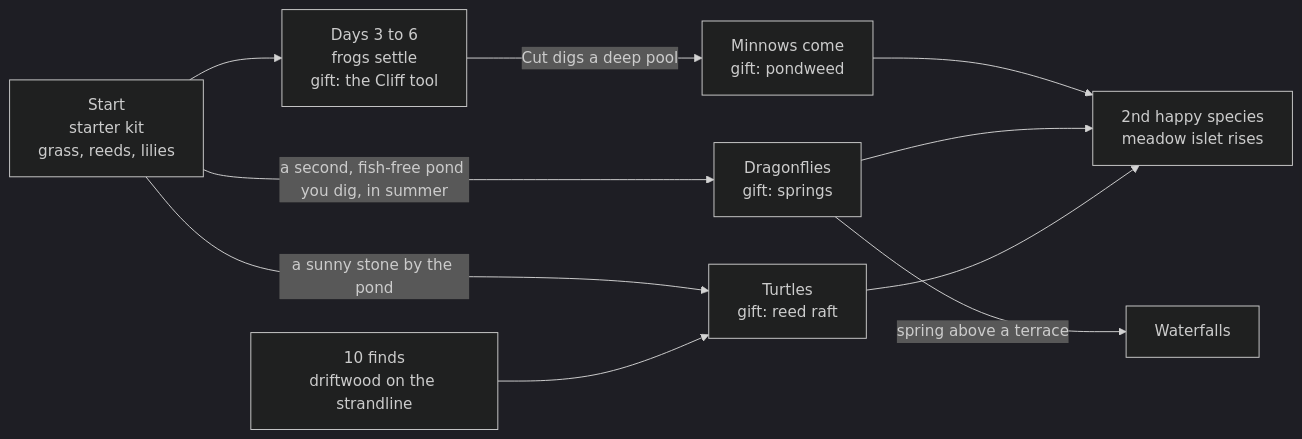
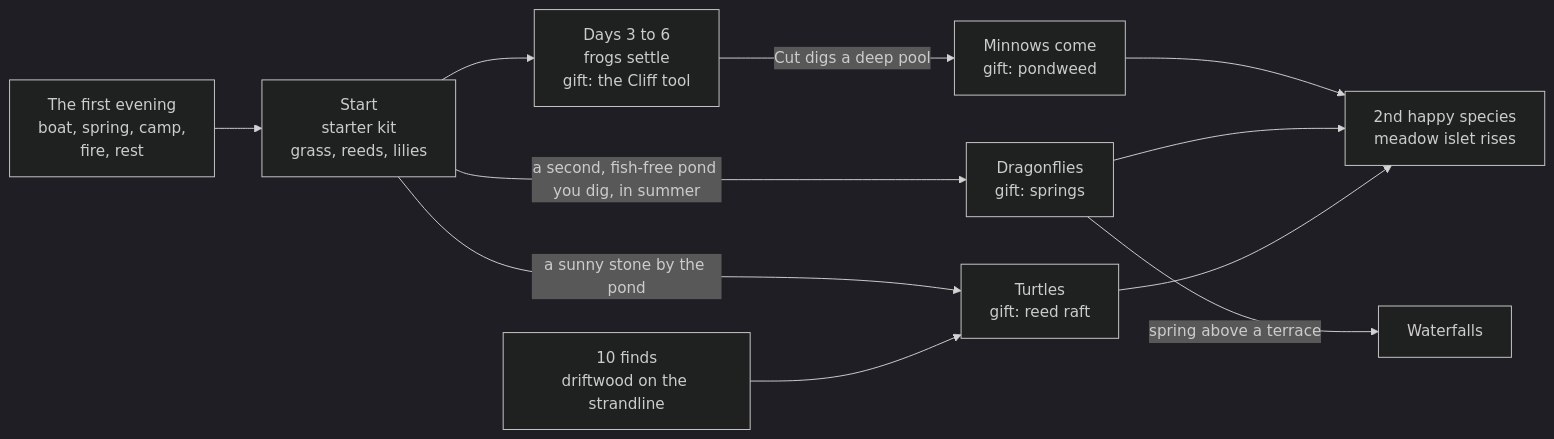
The first of 3 diagrams in docs/13-progression-and-expansion.md (mshomper/ebb), drawn with Mermaid (dark theme) before and after one commit. The commit also changed other lines of this file and 16 other files, not shown here.

First line of the commit message:
Docs: the keeper's camp (F13) filed; the first evening is the current target

````diff
--- a/docs/13-progression-and-expansion.md
+++ b/docs/13-progression-and-expansion.md
@@ -33,12 +35,13 @@
 ```mermaid
 flowchart LR
+  E[The first evening<br/>boat, spring, camp,<br/>fire, rest] --> S
   S[Start<br/>starter kit<br/>grass, reeds, lilies] --> F[Days 3 to 6<br/>frogs settle<br/>gift: the Cliff tool]
   F -->|Cut digs a deep pool| M[Minnows come<br/>gift: pondweed]
   S -->|a second, fish-free pond you dig, in summer| D[Dragonflies<br/>gift: springs]
   D -->|spring above a terrace| W[Waterfalls]
   S -->|a sunny stone by the pond| T[Turtles<br/>gift: reed raft]
   N[10 finds<br/>driftwood on the strandline] --> T
   M --> L[2nd happy species<br/>meadow islet rises]
   D --> L
   T --> L
 ```
````
